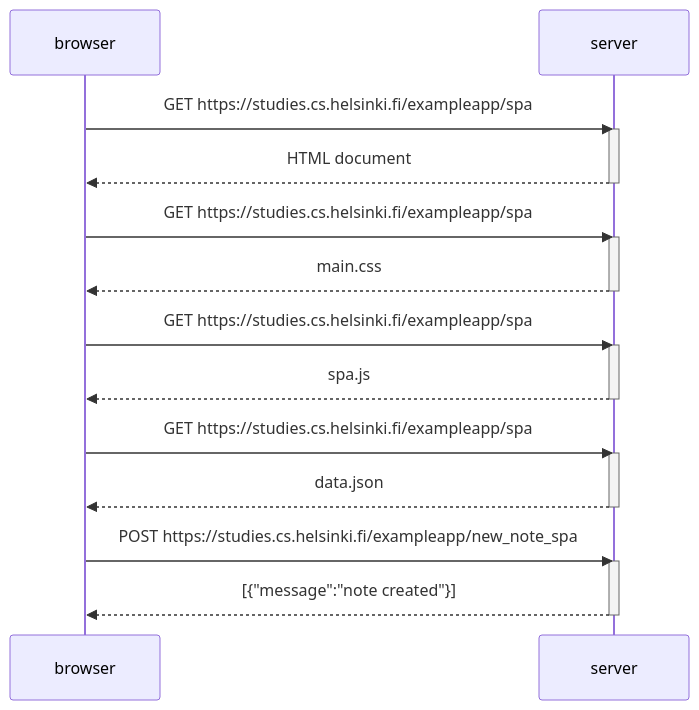
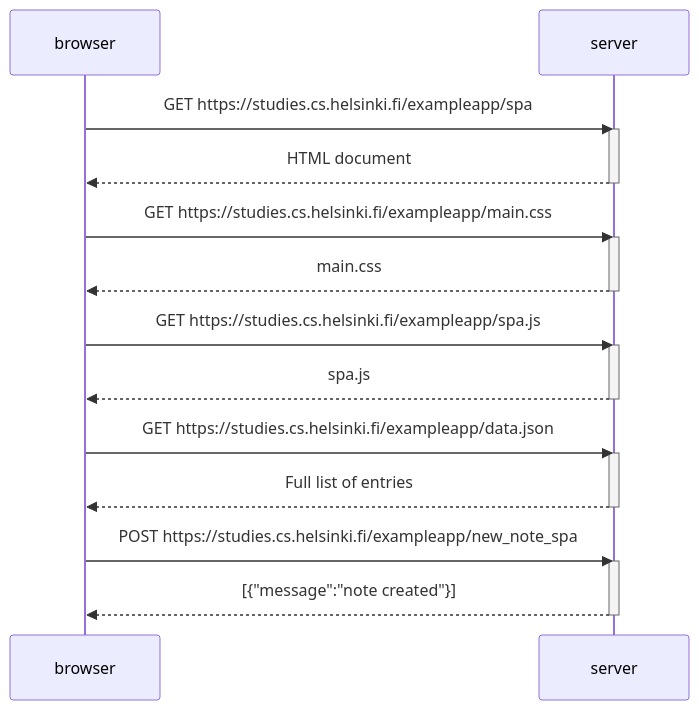
The diagram in part0/ex6diagram.md (lucianpopa14/FullstackOpen), drawn with Mermaid before and after one commit. The commit also changed 1 other file, not shown here.

Commit message:
small update to urls

````diff
--- a/part0/ex6diagram.md
+++ b/part0/ex6diagram.md
@@ -1,31 +1,31 @@
 ```mermaid
     sequenceDiagram
     participant browser
     participant server
 
     browser->>server: GET https://studies.cs.helsinki.fi/exampleapp/spa
     activate server
     server-->>browser: HTML document
     deactivate server
 
-    browser->>server: GET https://studies.cs.helsinki.fi/exampleapp/spa
+    browser->>server: GET https://studies.cs.helsinki.fi/exampleapp/main.css
     activate server
     server-->>browser: main.css
     deactivate server
 
-    browser->>server: GET https://studies.cs.helsinki.fi/exampleapp/spa
+    browser->>server: GET https://studies.cs.helsinki.fi/exampleapp/spa.js
     activate server
     server-->>browser: spa.js
     deactivate server
 
-    browser->>server: GET https://studies.cs.helsinki.fi/exampleapp/spa
+    browser->>server: GET https://studies.cs.helsinki.fi/exampleapp/data.json
     activate server
-    server-->>browser: data.json
+    server-->>browser: Full list of entries
     deactivate server
 
     browser->>server: POST https://studies.cs.helsinki.fi/exampleapp/new_note_spa
     activate server
     server-->>browser: [{"message":"note created"}]
     deactivate server
 
 ```
````
